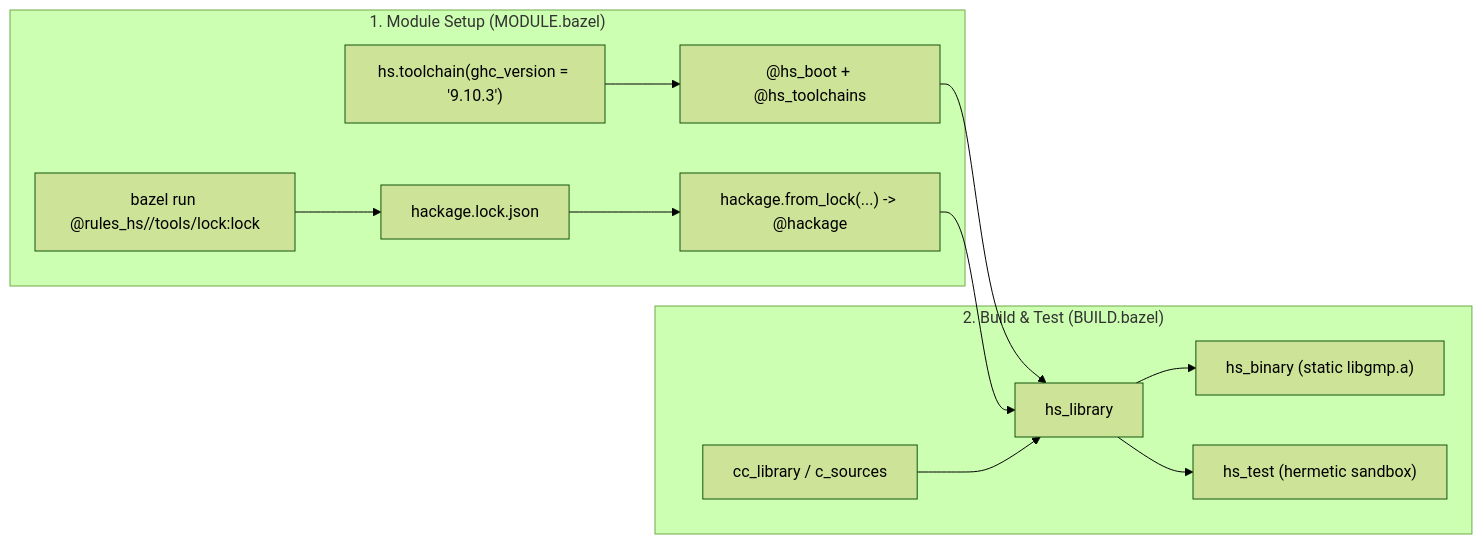
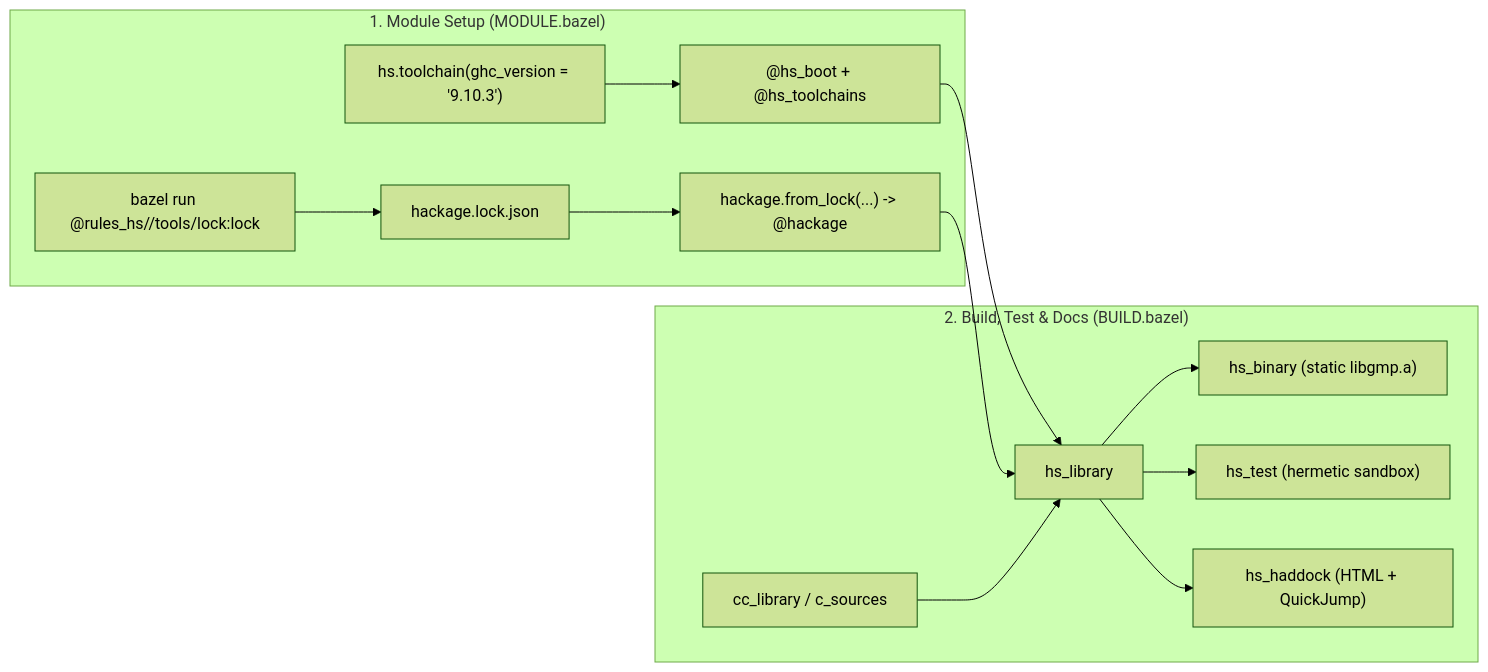
The diagram in docs/content/index.md (kaycebasques/hs), drawn with Mermaid (forest theme) before and after one commit. The commit also changed other lines of this file and 10 other files, not shown here.

````diff
--- a/docs/content/index.md
+++ b/docs/content/index.md
@@ -27,16 +26,17 @@
 ```mermaid
 flowchart LR
     subgraph Setup["1. Module Setup (MODULE.bazel)"]
         TC["hs.toolchain(ghc_version = '9.10.3')"] --> BOOT["@hs_boot + @hs_toolchains"]
         LOCKCLI["bazel run @rules_hs//tools/lock:lock"] --> LOCKJSON["hackage.lock.json"]
         LOCKJSON --> HACK["hackage.from_lock(...) -> @hackage"]
     end
 
-    subgraph Build["2. Build & Test (BUILD.bazel)"]
+    subgraph Build["2. Build, Test & Docs (BUILD.bazel)"]
         BOOT --> LIB["hs_library"]
         HACK --> LIB
         CC["cc_library / c_sources"] --> LIB
         LIB --> BIN["hs_binary (static libgmp.a)"]
         LIB --> TEST["hs_test (hermetic sandbox)"]
+        LIB --> DOC["hs_haddock (HTML + QuickJump)"]
     end
 ```
````
